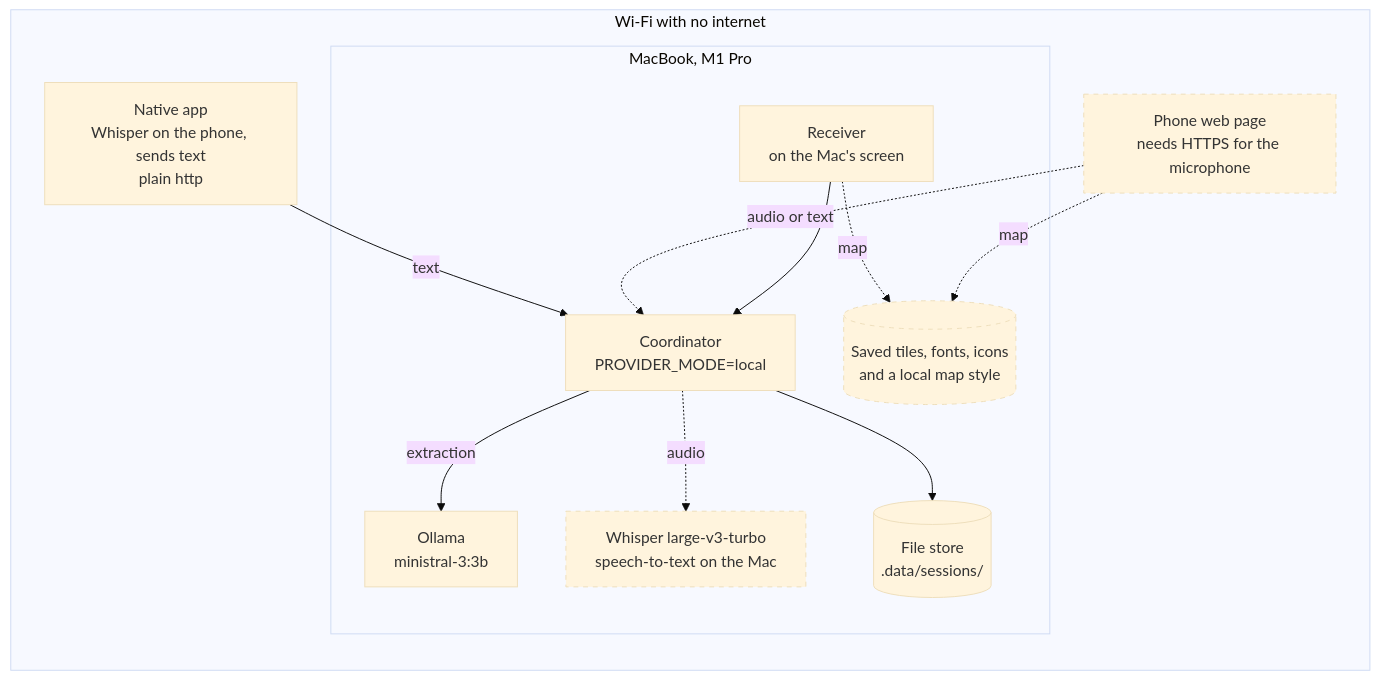
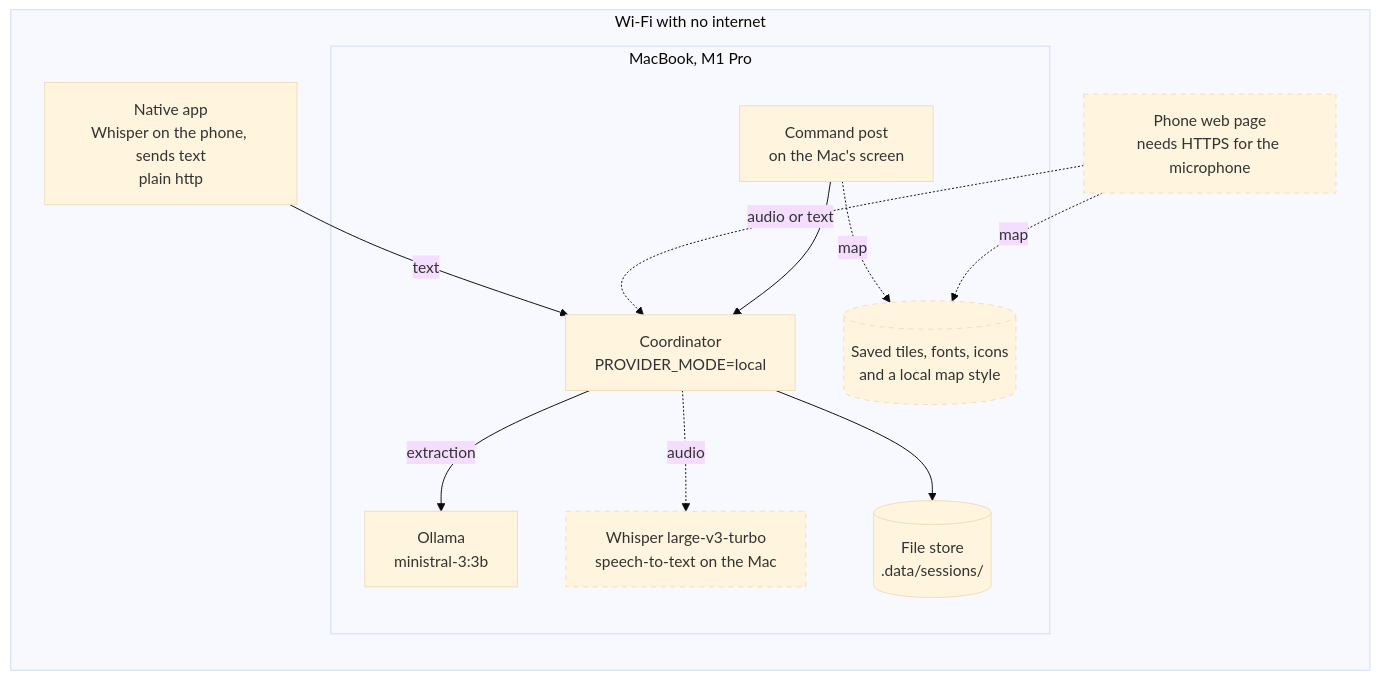
Before and after one commit to adam2765/edth-hackathon: the fifth of 5 diagrams in docs/plan.md, drawn with Mermaid (base theme). The commit also changed other lines of this file and 45 other files, not shown here.

First line of the commit message:
Command post: place and edit tracks by hand, answer for a unit

````diff
--- a/docs/plan.md
+++ b/docs/plan.md
@@ -272,26 +272,26 @@
 ```mermaid
 flowchart LR
     subgraph NET["Wi-Fi with no internet"]
         NAT["Native app<br/>Whisper on the phone, sends text<br/>plain http"]
         WEB["Phone web page<br/>needs HTTPS for the microphone"]:::todo
         subgraph MAC["MacBook, M1 Pro"]
             CO["Coordinator<br/>PROVIDER_MODE=local"]
             OLL["Ollama<br/>ministral-3:3b"]
             WHS["Whisper large-v3-turbo<br/>speech-to-text on the Mac"]:::todo
             ST[("File store<br/>.data/sessions/")]
-            RX["Receiver<br/>on the Mac's screen"]
+            RX["Command post<br/>on the Mac's screen"]
             TILES[("Saved tiles, fonts, icons<br/>and a local map style")]:::todo
         end
     end
 
     NAT -- "text" --> CO
     WEB -. "audio or text" .-> CO
     CO -- "extraction" --> OLL
     CO -. "audio" .-> WHS
     CO --> ST
     RX --> CO
     RX -. "map" .-> TILES
     WEB -. "map" .-> TILES
 
     classDef todo stroke-dasharray: 5 5
 ```
````
